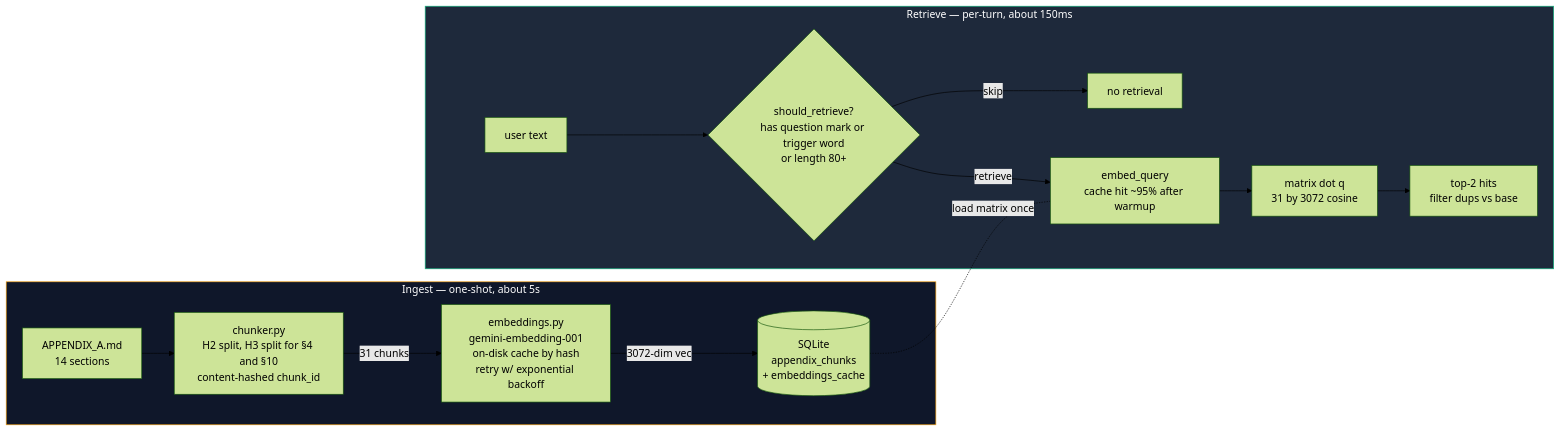
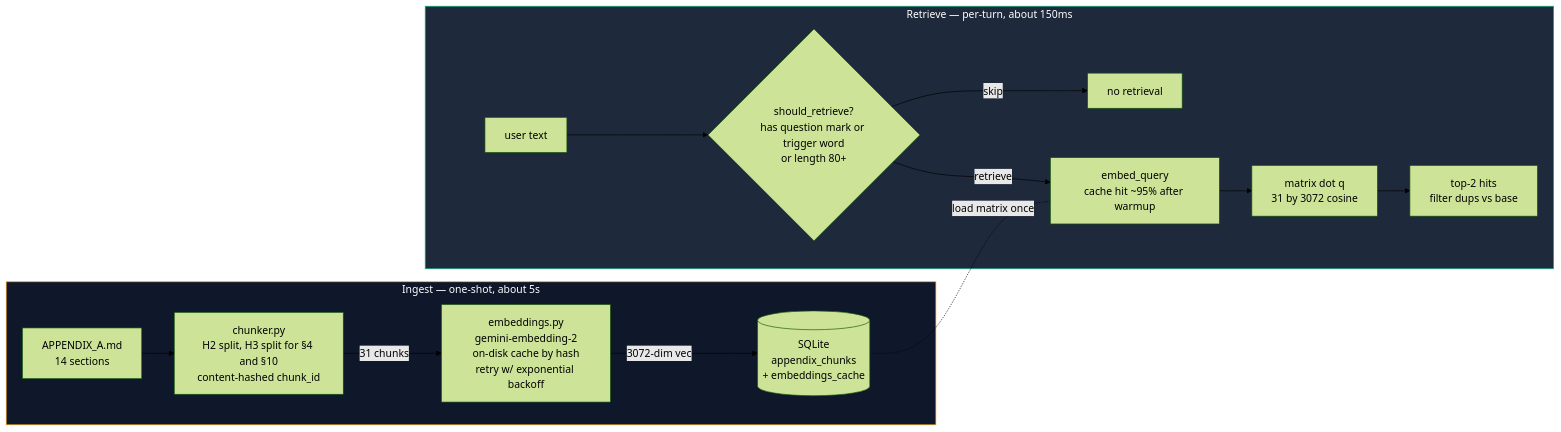
One commit to AmanG-04/rupeezy-voice-agent changed the eighth of 10 diagrams in ARCHITECTURE.md. Above: the diagram before and after it, drawn with Mermaid (forest theme). The commit also changed other lines of this file and 3 other files, not shown here.

````diff
--- a/ARCHITECTURE.md
+++ b/ARCHITECTURE.md
@@ -433,29 +438,29 @@
 ```mermaid
 flowchart LR
     subgraph Ingest["Ingest — one-shot, about 5s"]
         MD["APPENDIX_A.md<br/>14 sections"]
         Chunker["chunker.py<br/>H2 split, H3 split for §4 and §10<br/>content-hashed chunk_id"]
-        EmbedClient["embeddings.py<br/>gemini-embedding-001<br/>on-disk cache by hash<br/>retry w/ exponential backoff"]
+        EmbedClient["embeddings.py<br/>gemini-embedding-2<br/>on-disk cache by hash<br/>retry w/ exponential backoff"]
         Store[("SQLite<br/>appendix_chunks<br/>+ embeddings_cache")]
         MD --> Chunker
         Chunker -->|31 chunks| EmbedClient
         EmbedClient -->|3072-dim vec| Store
     end
 
     subgraph Retrieve["Retrieve — per-turn, about 150ms"]
         Query["user text"]
         ShortCircuit{"should_retrieve?<br/>has question mark or trigger word<br/>or length 80+"}
         QueryEmbed["embed_query<br/>cache hit ~95% after warmup"]
         Cosine["matrix dot q<br/>31 by 3072 cosine"]
         TopK["top-2 hits<br/>filter dups vs base"]
         Query --> ShortCircuit
         ShortCircuit -->|skip| Done["no retrieval"]
         ShortCircuit -->|retrieve| QueryEmbed
         Store -.load matrix once.- QueryEmbed
         QueryEmbed --> Cosine
         Cosine --> TopK
     end
 
     style Ingest fill:#0F172A,stroke:#F59E0B,color:#fff
     style Retrieve fill:#1E293B,stroke:#10B981,color:#fff
 ```
````
